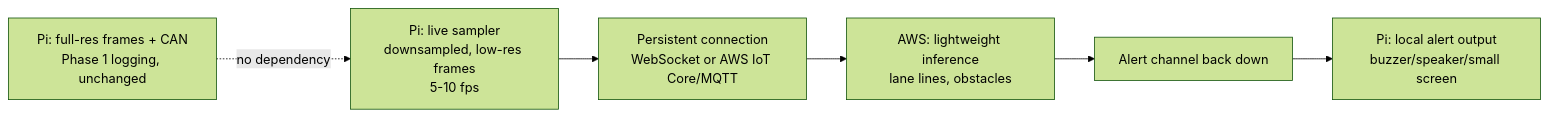
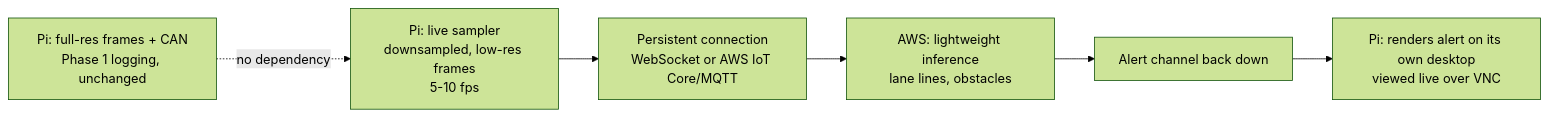
The diagram in claude/Initiative Vision 1 — Phase 3 (Real-Time ADAS) Project Description.md (osfieldgaga/initiative-vision), drawn with Mermaid (forest theme) before and after one commit. The commit also changed other lines of this file, not shown here.

````diff
--- a/claude/Initiative Vision 1 — Phase 3 (Real-Time ADAS) Project Description.md
+++ b/claude/Initiative Vision 1 — Phase 3 (Real-Time ADAS) Project Description.md
@@ -23,8 +23,8 @@
 ```mermaid
 flowchart LR
   A[Pi: live sampler<br/>downsampled, low-res frames<br/>5-10 fps] --> B[Persistent connection<br/>WebSocket or AWS IoT Core/MQTT]
   B --> C[AWS: lightweight inference<br/>lane lines, obstacles]
   C --> D[Alert channel back down]
-  D --> E[Pi: local alert output<br/>buzzer/speaker/small screen]
+  D --> E[Pi: renders alert on its own desktop<br/>viewed live over VNC]
   F[Pi: full-res frames + CAN<br/>Phase 1 logging, unchanged] -.no dependency.-> A
 ```
````
